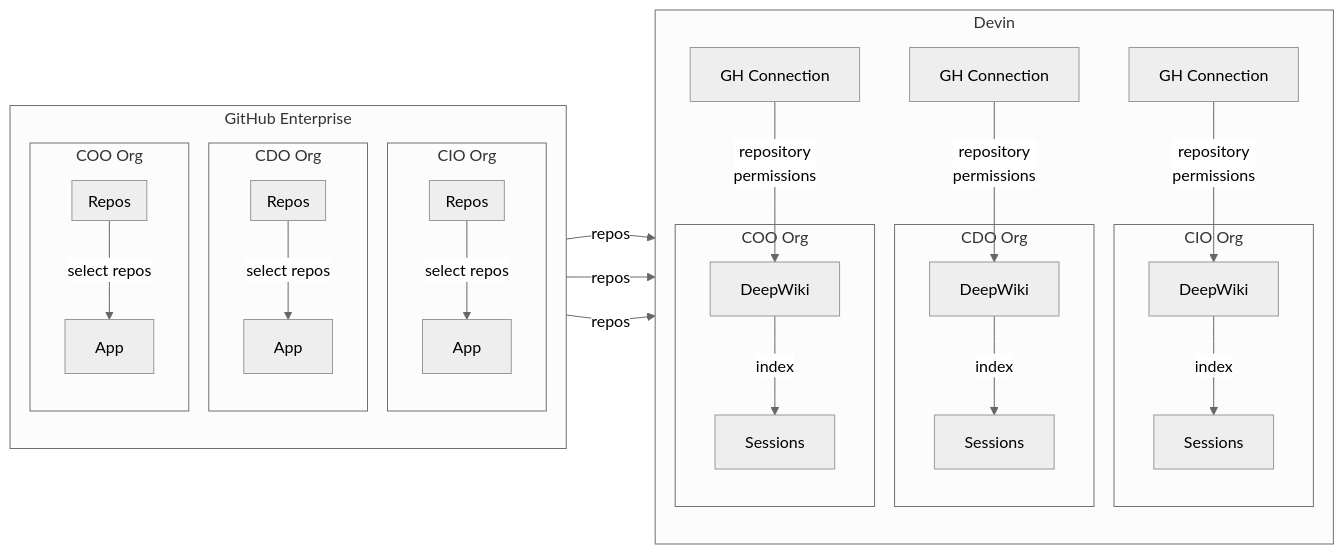
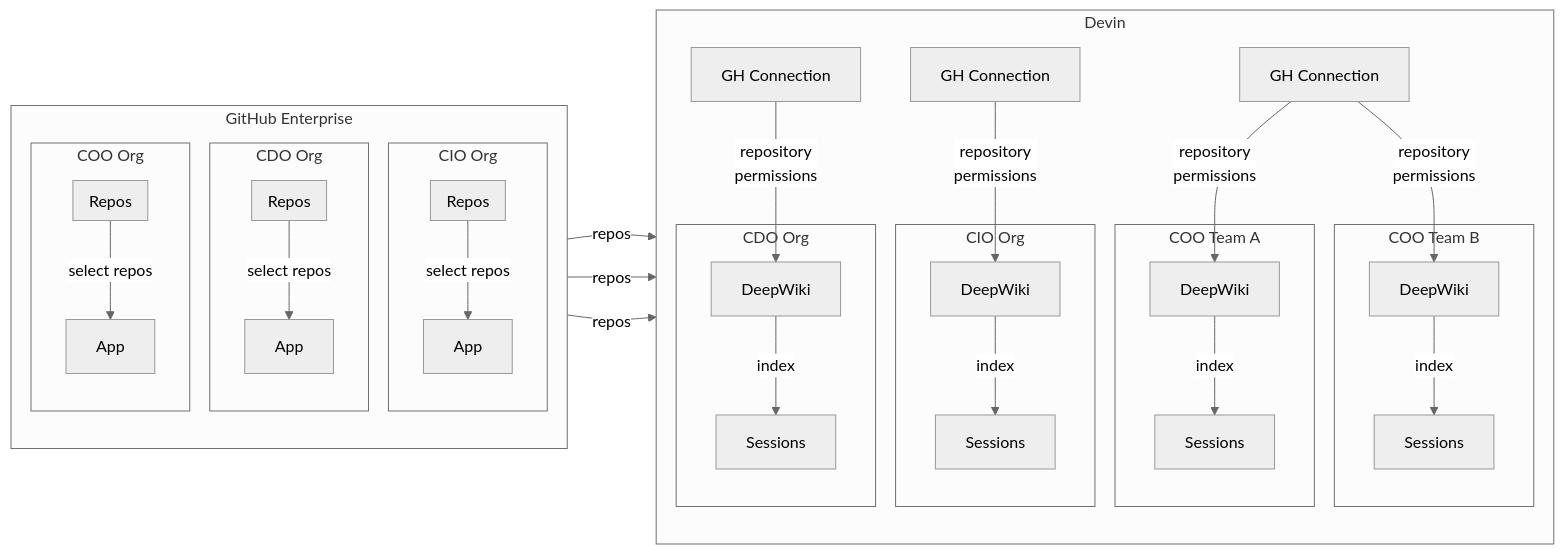
The diagram in README.md (taylor-curran/devin-repo-rbac-at-scale), drawn with Mermaid before and after one commit.

Commit message:
Refactor COO Org into two teams: Team A and Team B

````diff
--- a/README.md
+++ b/README.md
@@ -7,67 +7,75 @@
 ```mermaid
 ---
 config:
   theme: neutral
 ---
 flowchart LR
  subgraph SubOrg1["CDO Org"]
         DW1["DeepWiki"]
         S1["Sessions"]
   end
  subgraph SubOrg2["CIO Org"]
         DW2["DeepWiki"]
         S2["Sessions"]
   end
- subgraph SubOrg3["COO Org"]
-        DW3["DeepWiki"]
-        S3["Sessions"]
+ subgraph SubOrg3A["COO Team A"]
+        DW3A["DeepWiki"]
+        S3A["Sessions"]
+  end
+ subgraph SubOrg3B["COO Team B"]
+        DW3B["DeepWiki"]
+        S3B["Sessions"]
   end
  subgraph MainOrg["Devin"]
     direction TB
         SubOrg1
         SubOrg2
-        SubOrg3
+        SubOrg3A
+        SubOrg3B
         GH1["GH Connection"]
         GH2["GH Connection"]
         GH3["GH Connection"]
   end
  subgraph Repos1["Repos"]
   end
  subgraph SubOrgA["CDO Org"]
         App1["App"]
         Repos1
   end
  subgraph Repos2["Repos"]
   end
  subgraph SubOrgB["CIO Org"]
         App2["App"]
         Repos2
   end
  subgraph Repos3["Repos"]
   end
  subgraph SubOrgC["COO Org"]
         App3["App"]
         Repos3
   end
  subgraph CloudOrg["GitHub Enterprise"]
     direction TB
         SubOrgA
         SubOrgB
         SubOrgC
   end
     App1 -- repos --> GH1
     App2 -- repos --> GH2
     App3 -- repos --> GH3
     GH1 -- repository 
   permissions --> DW1
     GH2 -- repository
   permissions --> DW2
     GH3 -- repository
-  permissions --> DW3
+  permissions --> DW3A
+    GH3 -- repository
+  permissions --> DW3B
     DW1 -- index --> S1
     DW2 -- index --> S2
-    DW3 -- index --> S3
+    DW3A -- index --> S3A
+    DW3B -- index --> S3B
     Repos1 -- select repos --> App1
     Repos2 -- select repos --> App2
     Repos3 -- select repos --> App3
 ```
````
